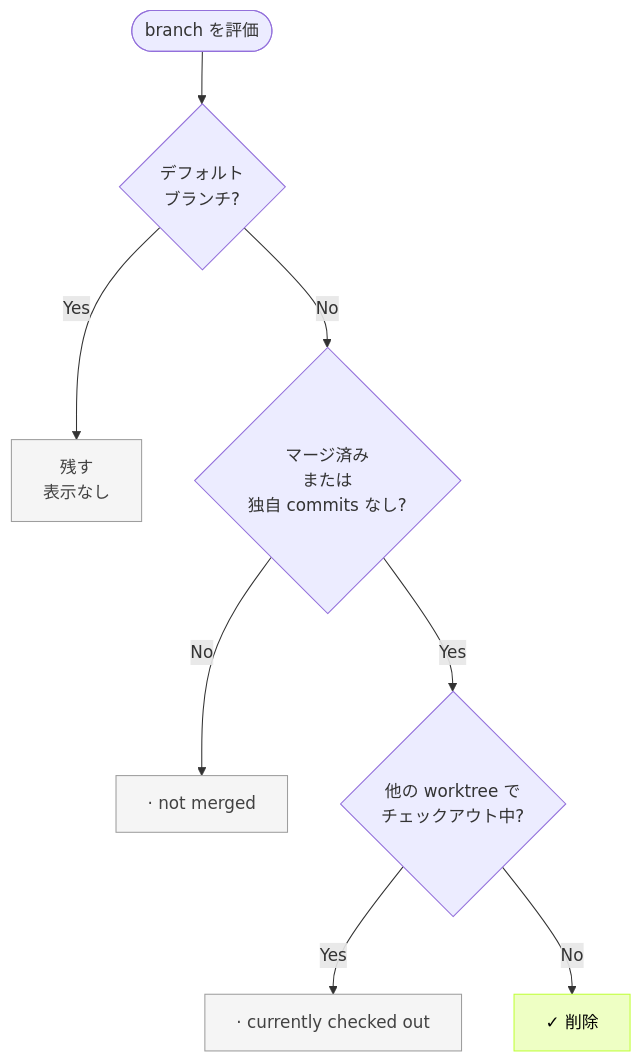
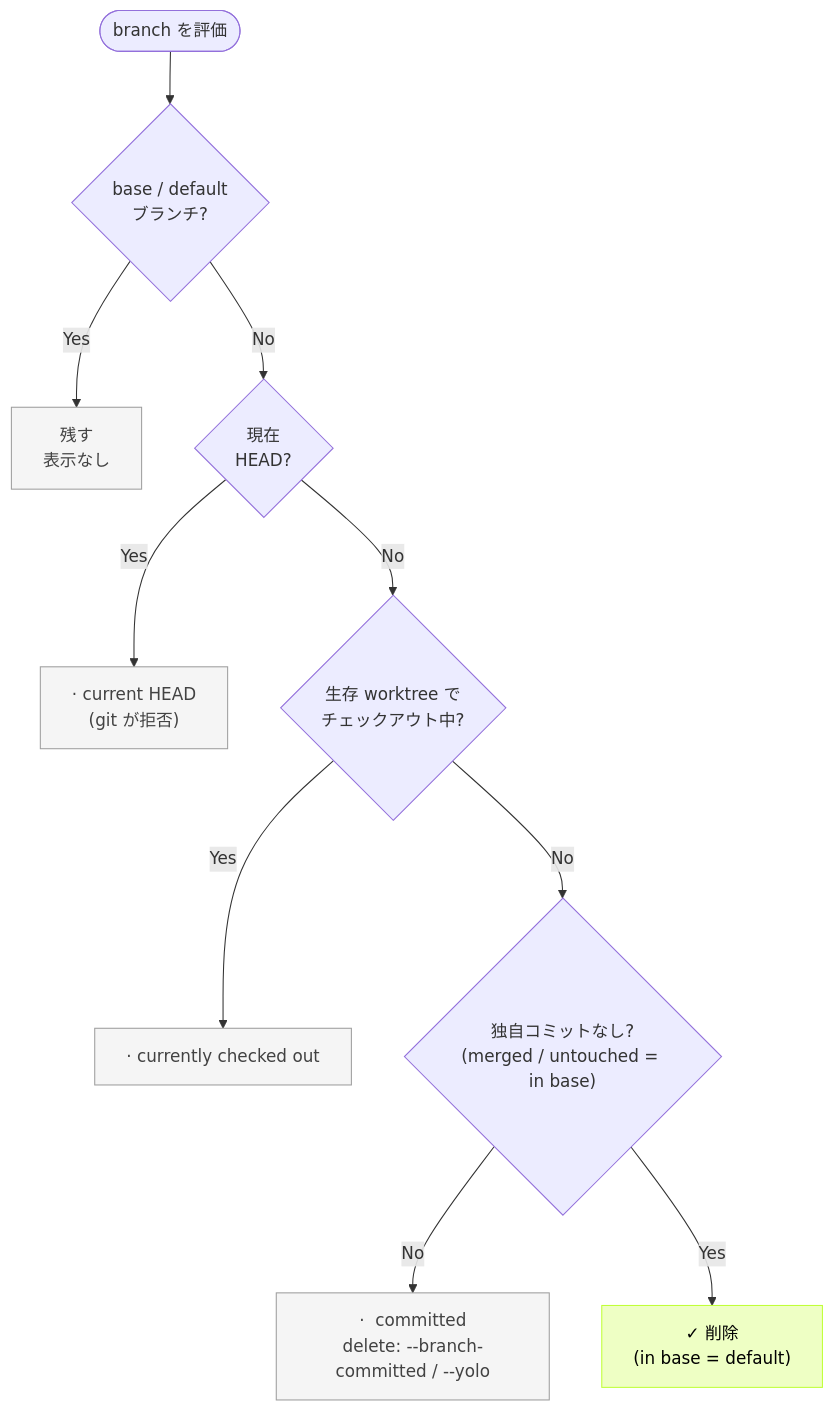
The second of 2 diagrams in README.ja.md (nozomiishii/git-harvest), drawn with Mermaid before and after one commit. The commit also changed other lines of this file and 31 other files, not shown here.

````diff
--- a/README.ja.md
+++ b/README.ja.md
@@ -219,14 +294,16 @@
 ```mermaid
 flowchart TD
-    Start([branch を評価]) --> Default{デフォルト<br/>ブランチ?}
-    Default -->|Yes| KeepDefault[残す<br/>表示なし]
-    Default -->|No| Deletable{マージ済み<br/>または<br/>独自 commits なし?}
-    Deletable -->|No| KeepNotMerged["·  not merged"]
-    Deletable -->|Yes| CheckedOut{他の worktree で<br/>チェックアウト中?}
+    Start([branch を評価]) --> Base{"base / default<br/>ブランチ?"}
+    Base -->|Yes| KeepBase[残す<br/>表示なし]
+    Base -->|No| Head{"現在<br/>HEAD?"}
+    Head -->|Yes| KeepHead["·  current HEAD<br/>(git が拒否)"]
+    Head -->|No| CheckedOut{"生存 worktree で<br/>チェックアウト中?"}
     CheckedOut -->|Yes| KeepCheckedOut["·  currently checked out"]
-    CheckedOut -->|No| Delete["✓  削除"]
+    CheckedOut -->|No| InBase{"独自コミットなし?<br/>(merged / untouched = in base)"}
+    InBase -->|No| KeepCommitted["·  committed<br/>delete: --branch-committed / --yolo"]
+    InBase -->|Yes| DeleteMerged["✓  削除<br/>(in base = default)"]
     classDef keep fill:#f5f5f5,stroke:#9e9e9e,color:#424242
     classDef delete fill:#eeffc4,stroke:#C0FF39,color:#000
-    class KeepDefault,KeepNotMerged,KeepCheckedOut keep
-    class Delete delete
+    class KeepBase,KeepHead,KeepCheckedOut,KeepCommitted keep
+    class DeleteMerged delete
 ```
````
